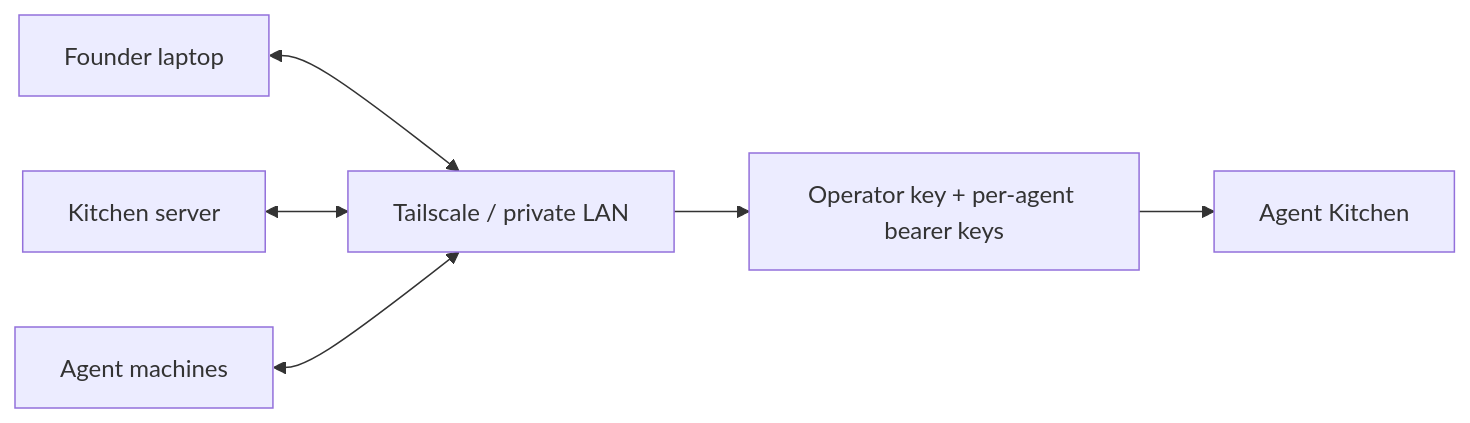
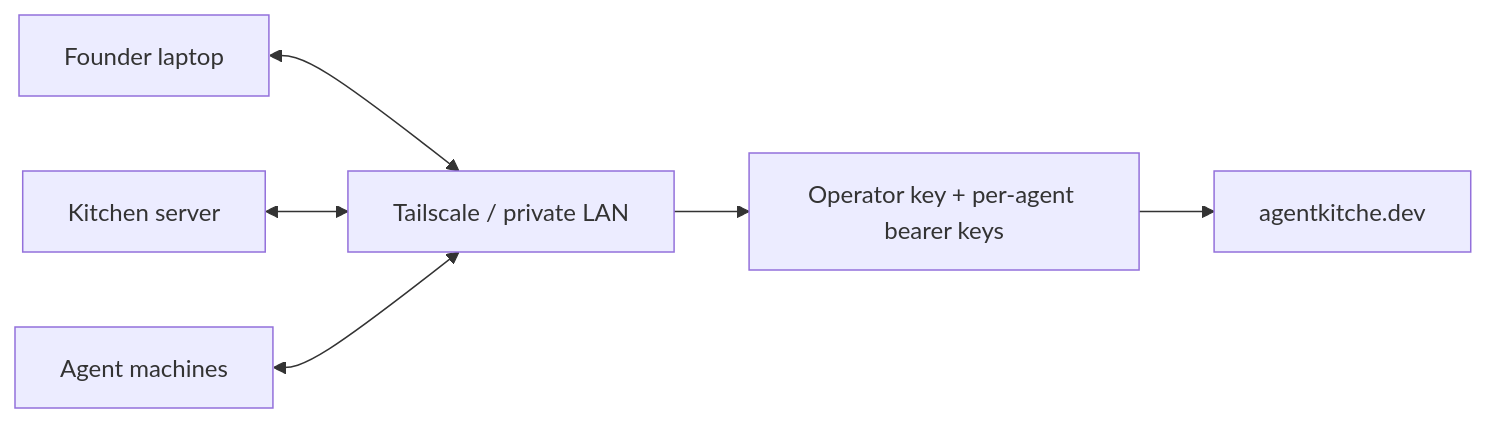
One commit to lac5q/agentkitche.dev changed the third of 5 diagrams in README.md. Above: the diagram before and after it, drawn with Mermaid. The commit also changed other lines of this file and 29 other files, not shown here.

Commit message:
chore: rebrand repo to agentkitche.dev

````diff
--- a/README.md
+++ b/README.md
@@ -253,8 +255,8 @@
 ```mermaid
 flowchart LR
   Founder["Founder laptop"] <--> Tailnet["Tailscale / private LAN"]
   Server["Kitchen server"] <--> Tailnet
   Agents["Agent machines"] <--> Tailnet
   Tailnet --> Auth["Operator key + per-agent bearer keys"]
-  Auth --> Kitchen["Agent Kitchen"]
+  Auth --> Kitchen["agentkitche.dev"]
 ```
````
